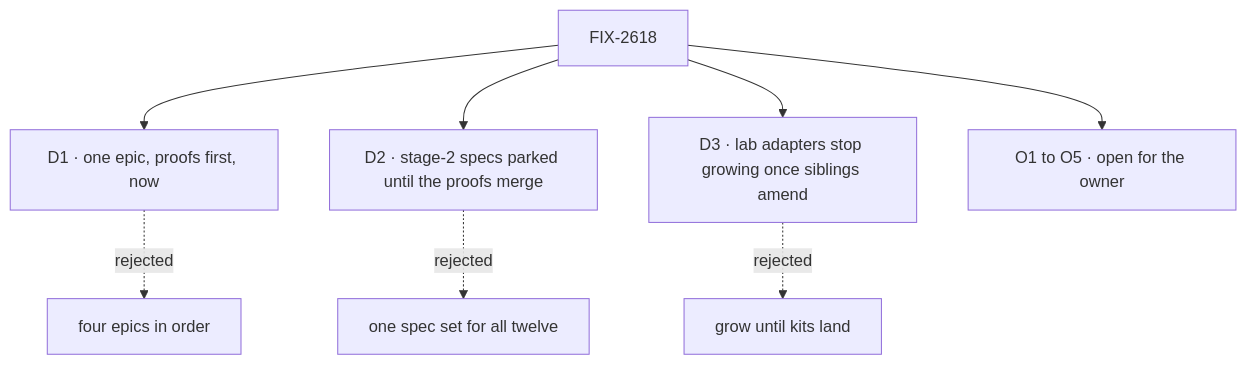
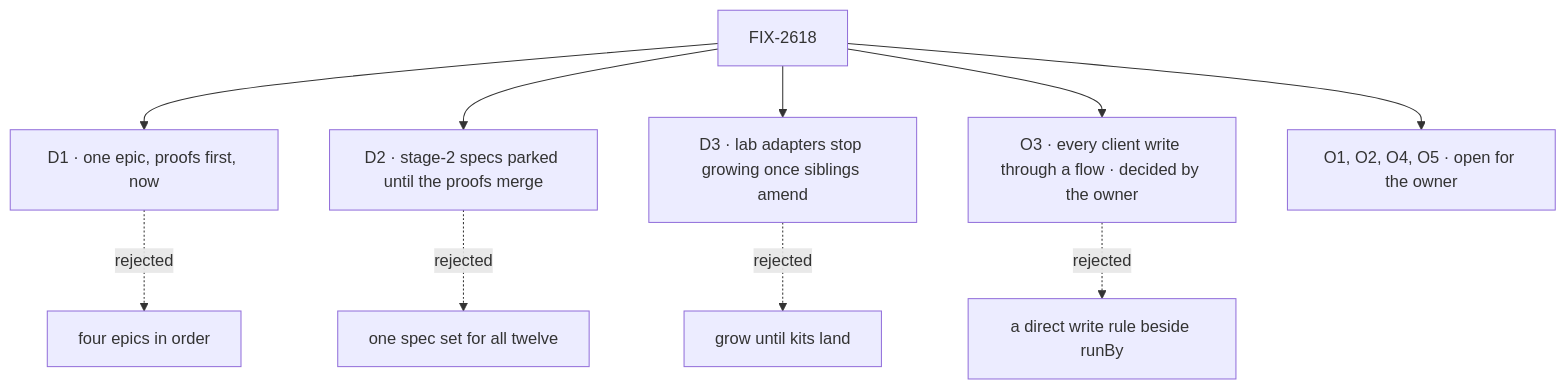
The diagram in specs/epics/FIX-2618/DECISIONS.md (fixpoint-labs/flow-state-dev), drawn with Mermaid before and after one commit. The commit also changed other lines of this file and 8 other files, not shown here.

First line of the commit message:
spec(FIX-2618): fold review round 2 (O3 decided: every write through a flow, a default write flow)

````diff
--- a/specs/epics/FIX-2618/DECISIONS.md
+++ b/specs/epics/FIX-2618/DECISIONS.md
@@ -12,10 +12,12 @@
 ```mermaid
 flowchart TD
   E["FIX-2618"] --> D1["D1 · one epic, proofs first, now"]
   D1 -.->|"rejected"| X1["four epics in order"]
   E --> D2["D2 · stage-2 specs parked until the proofs merge"]
   D2 -.->|"rejected"| X2["one spec set for all twelve"]
   E --> D3["D3 · lab adapters stop growing once siblings amend"]
   D3 -.->|"rejected"| X3["grow until kits land"]
-  E --> O["O1 to O5 · open for the owner"]
+  E --> O3["O3 · every client write through a flow · decided by the owner"]
+  O3 -.->|"rejected"| X4["a direct write rule beside runBy"]
+  E --> O["O1, O2, O4, O5 · open for the owner"]
 ```
````
